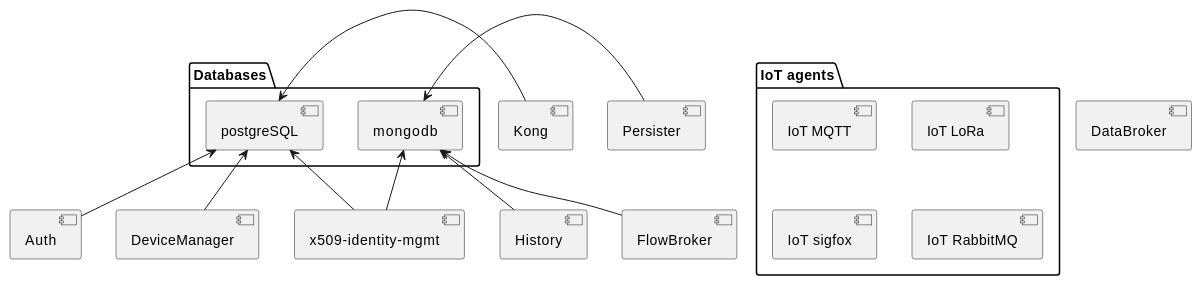
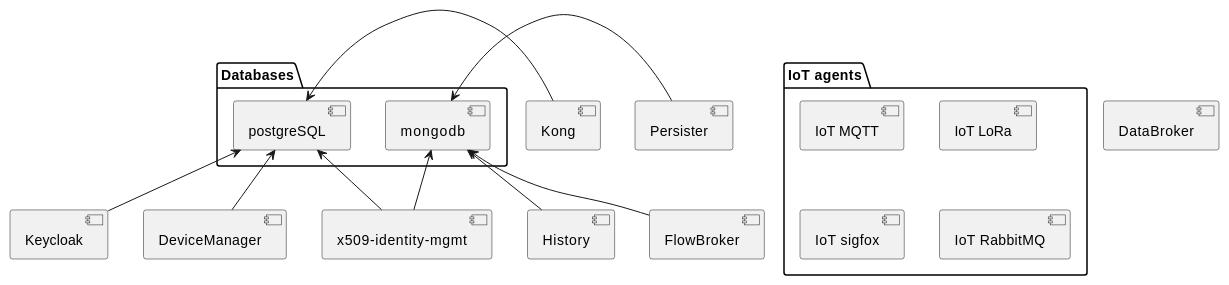
Before and after one commit to dojot/docs: the first of 7 diagrams in source/internal-communication.rst, drawn with PlantUML. The commit also changed other lines of this file and 24 other files, not shown here.

```diff
--- a/source/internal-communication.rst
+++ b/source/internal-communication.rst
@@ -13,32 +13,32 @@
 .. uml::
     :caption: dojot components
     :align: center
 
 
-    [Auth]
+    [Keycloak]
     [DeviceManager]
     [Persister]
     [History]
     [DataBroker]
     [FlowBroker]
     [x509-identity-mgmt]
 
     package "Databases" {
       [mongodb]
       [postgreSQL]
     }
     package "IoT agents" {
       [IoT MQTT]
       [IoT LoRa]
       [IoT sigfox]
       [IoT RabbitMQ]
     }
 
-    [postgreSQL] <-- [Auth]
+    [postgreSQL] <-- [Keycloak]
     [postgreSQL] <-- [DeviceManager]
     [postgreSQL] <- [Kong]
     [postgreSQL] <-- [x509-identity-mgmt]
     [mongodb] <- [Persister]
     [mongodb] <-- [FlowBroker]
     [mongodb] <-- [History]
     [mongodb] <-- [x509-identity-mgmt]
```
